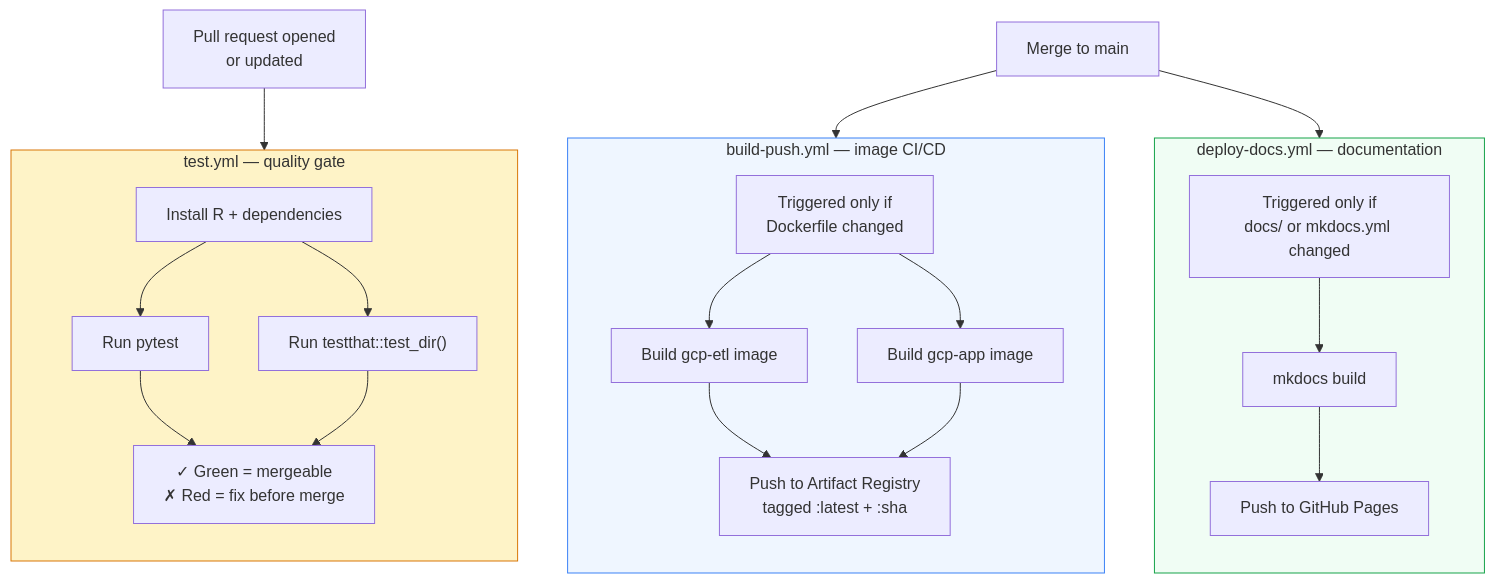
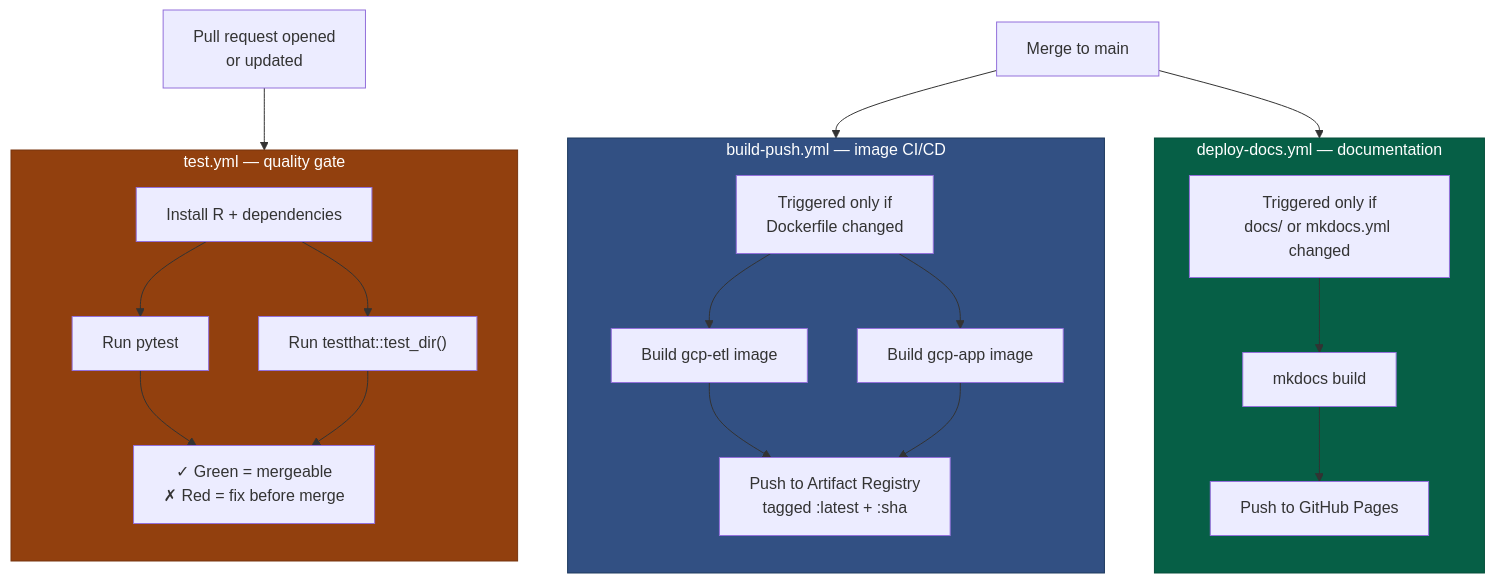
Before and after one commit to Ch3w3y/docker_gcp: the second of 2 diagrams in docs/github-actions.md, drawn with Mermaid. The commit also changed 11 other files, not shown here.

First line of the commit message:
Fix/mermaid contrast and linebreaks (#17)

````diff
--- a/docs/github-actions.md
+++ b/docs/github-actions.md
@@ -86,40 +86,40 @@
 ```mermaid
 flowchart TD
     PR["Pull request opened<br/>or updated"]
     MERGE["Merge to main"]
 
     PR --> TEST
     MERGE --> BUILD
     MERGE --> DEPLOY
 
     subgraph TEST["test.yml — quality gate"]
         direction TB
         T1["Install R + dependencies"]
         T2["Run testthat::test_dir()"]
         T3["Run pytest"]
         T1 --> T2 & T3
         T3 --> RESULT["✓ Green = mergeable<br/>✗ Red = fix before merge"]
         T2 --> RESULT
     end
 
     subgraph BUILD["build-push.yml — image CI/CD"]
         direction TB
         B1["Triggered only if<br/>Dockerfile changed"]
         B2["Build gcp-etl image"]
         B3["Build gcp-app image"]
         B4["Push to Artifact Registry<br/>tagged :latest + :sha"]
         B1 --> B2 & B3 --> B4
     end
 
     subgraph DEPLOY["deploy-docs.yml — documentation"]
         direction TB
         D1["Triggered only if<br/>docs/ or mkdocs.yml changed"]
         D2["mkdocs build"]
         D3["Push to GitHub Pages"]
         D1 --> D2 --> D3
     end
 
-    style TEST fill:#fef3c7,stroke:#d97706
-    style BUILD fill:#eff6ff,stroke:#3b82f6
-    style DEPLOY fill:#f0fdf4,stroke:#16a34a
+    style TEST fill:#92400e,stroke:#78350f,color:#ffffff
+    style BUILD fill:#325083,stroke:#1e3a5f,color:#ffffff
+    style DEPLOY fill:#065f46,stroke:#064e3b,color:#ffffff
 ```
````
